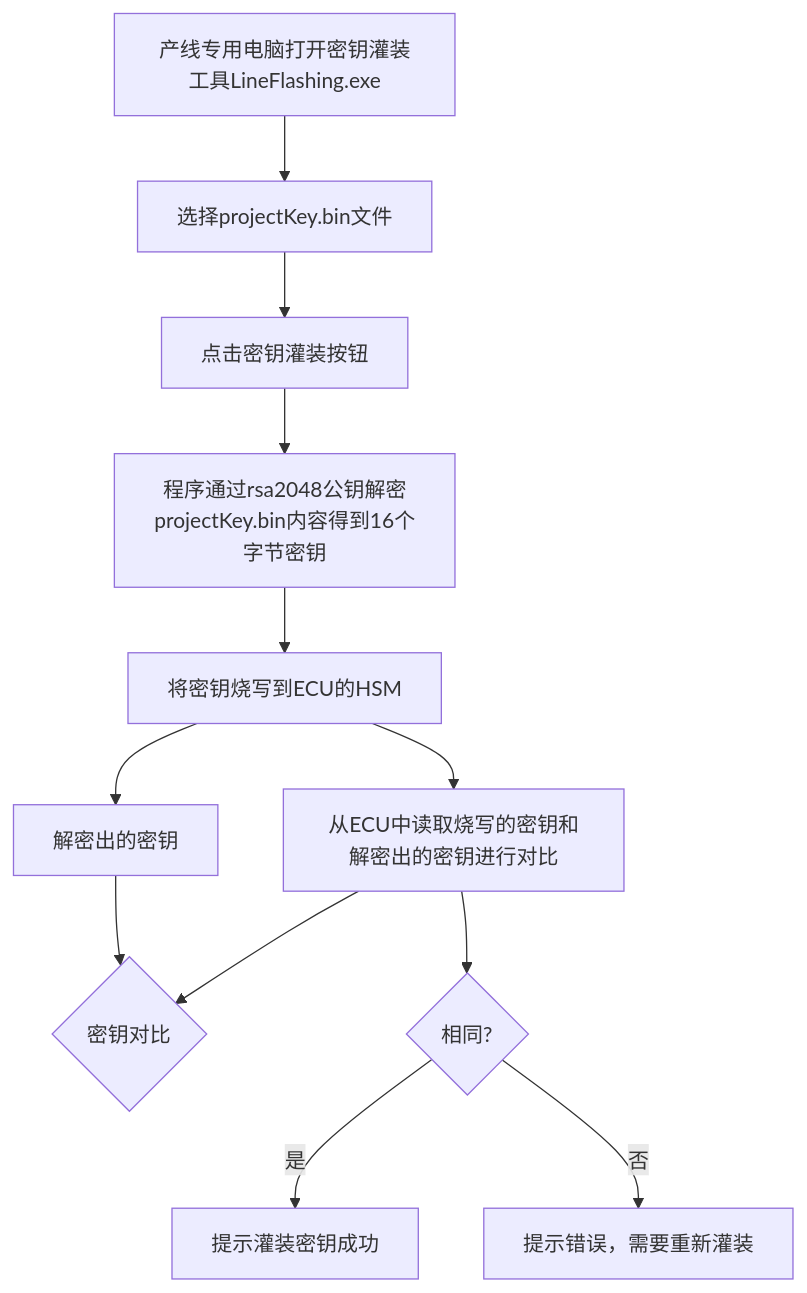
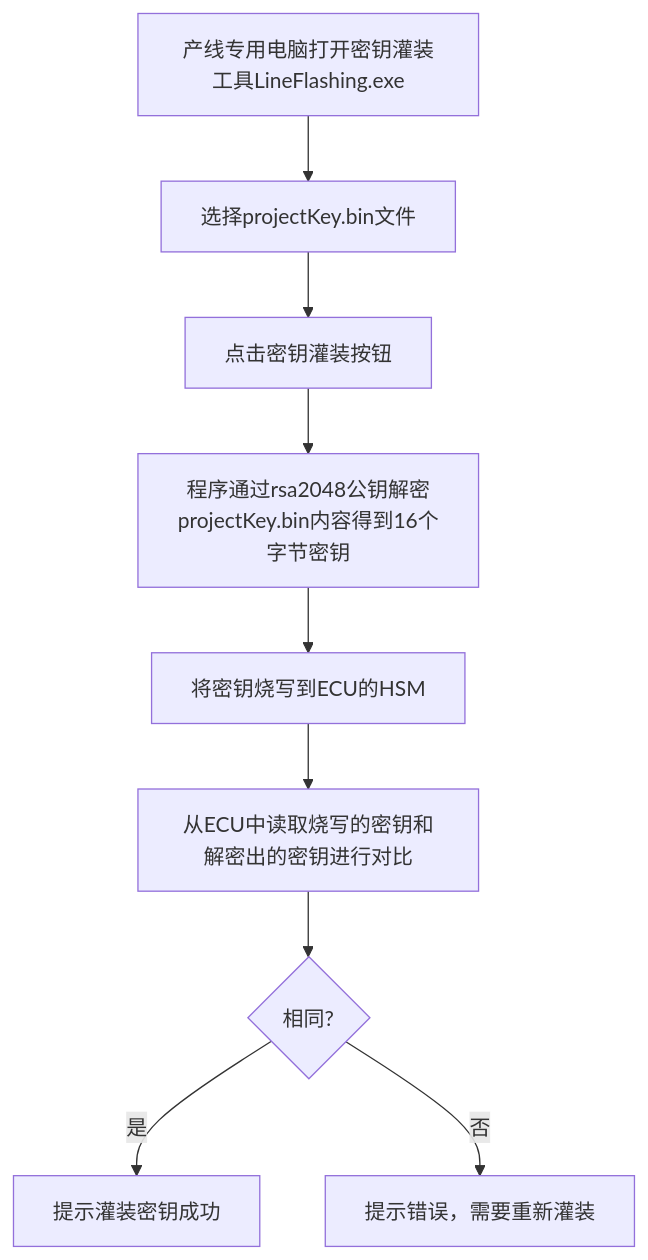
One commit to facebook-cloud/iodraw-files changed the diagram in all/未命名-5.md. Above: the diagram before and after it, drawn with Mermaid.

Commit message:
2026-01-05 17:33:31 update

````diff
--- a/all/未命名-5.md
+++ b/all/未命名-5.md
@@ -1,15 +1,13 @@
 ```mermaid
 graph TD
     A[产线专用电脑打开密钥灌装工具LineFlashing.exe] --> B[选择projectKey.bin文件]
     B --> C[点击密钥灌装按钮]
     C --> E[程序通过rsa2048公钥解密projectKey.bin内容得到16个字节密钥]
     E --> F[将密钥烧写到ECU的HSM]
     F --> G[从ECU中读取烧写的密钥和解密出的密钥进行对比]
-    F --> H[解密出的密钥]
-    G --> I{密钥对比}
-    H --> I
+
     G --> J{相同?}
     J -- 是 --> K[提示灌装密钥成功]
     J -- 否 --> L[提示错误，需要重新灌装]
 
 ```
````
